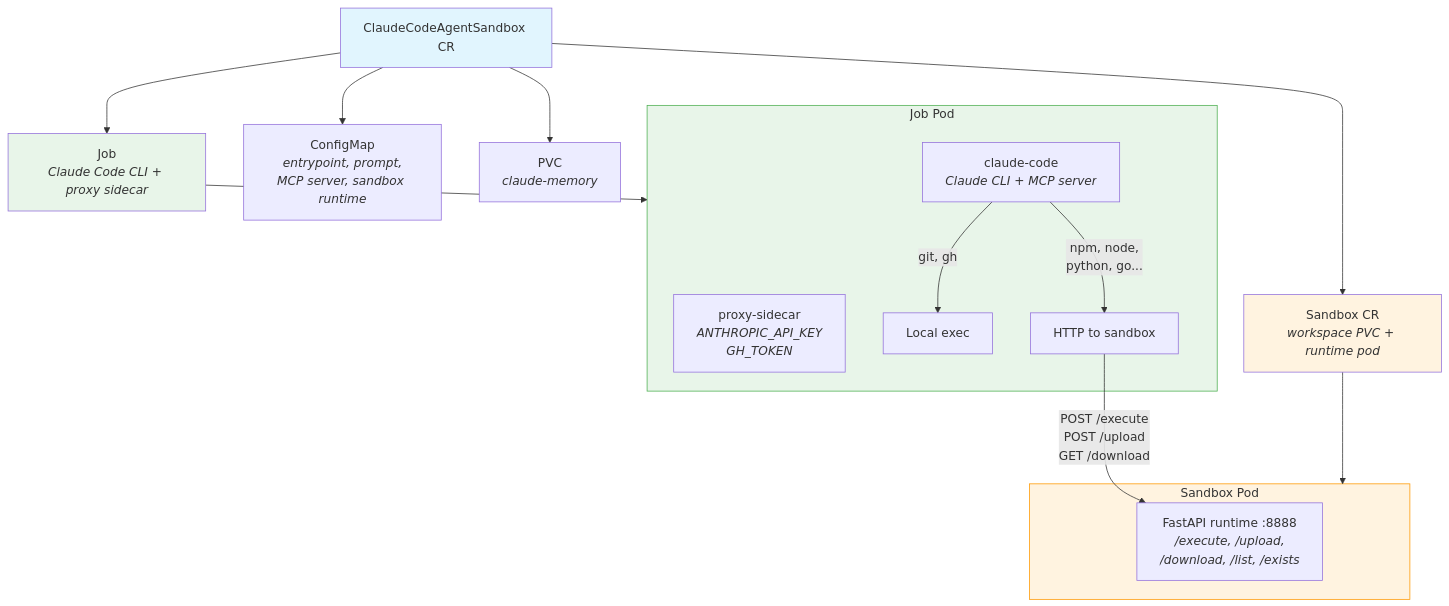
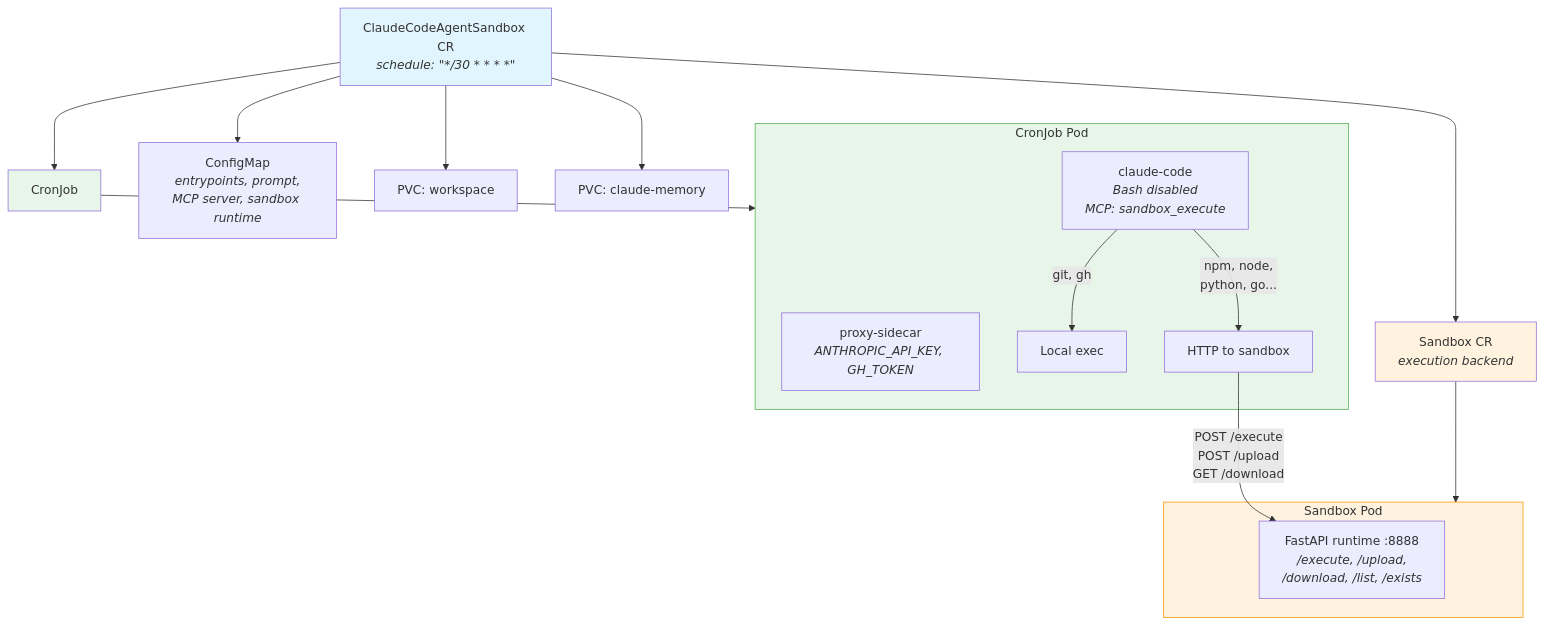
One commit to weldonfaizan/kcd-new-york-k8s-claude changed the second of 2 diagrams in 07-sandbox/agent-sandbox/README.md. Above: the diagram before and after it, drawn with Mermaid. The commit also changed other lines of this file and 8 other files, not shown here.

First line of the commit message:
feat(agent-sandbox): two-mode architecture with standalone and cronjob+sandbox

````diff
--- a/07-sandbox/agent-sandbox/README.md
+++ b/07-sandbox/agent-sandbox/README.md
@@ -16,30 +48,31 @@
 ```mermaid
 graph TB
-    CR["ClaudeCodeAgentSandbox CR"]
+    CR["ClaudeCodeAgentSandbox CR<br/><i>schedule: &quot;*/30 * * * *&quot;</i>"]
 
-    CR --> CM["ConfigMap<br/><i>entrypoint, prompt,<br/>MCP server, sandbox runtime</i>"]
-    CR --> PVC["PVC<br/><i>claude-memory</i>"]
-    CR --> SB["Sandbox CR<br/><i>workspace PVC + runtime pod</i>"]
-    CR --> JOB["Job<br/><i>Claude Code CLI + proxy sidecar</i>"]
+    CR --> CM["ConfigMap<br/><i>entrypoints, prompt,<br/>MCP server, sandbox runtime</i>"]
+    CR --> WPVC["PVC: workspace"]
+    CR --> MPVC["PVC: claude-memory"]
+    CR --> SB["Sandbox CR<br/><i>execution backend</i>"]
+    CR --> CRON["CronJob"]
 
-    subgraph job_pod ["Job Pod"]
-        PROXY["proxy-sidecar<br/><i>ANTHROPIC_API_KEY<br/>GH_TOKEN</i>"]
-        CLAUDE["claude-code<br/><i>Claude CLI + MCP server</i>"]
+    subgraph cronjob_pod ["CronJob Pod"]
+        PROXY["proxy-sidecar<br/><i>ANTHROPIC_API_KEY, GH_TOKEN</i>"]
+        CLAUDE["claude-code<br/><i>Bash disabled<br/>MCP: sandbox_execute</i>"]
         CLAUDE -->|"git, gh"| LOCAL["Local exec"]
         CLAUDE -->|"npm, node,<br/>python, go..."| HTTP["HTTP to sandbox"]
     end
 
     subgraph sandbox_pod ["Sandbox Pod"]
         RUNTIME["FastAPI runtime :8888<br/><i>/execute, /upload,<br/>/download, /list, /exists</i>"]
     end
 
-    JOB --> job_pod
+    CRON --> cronjob_pod
     SB --> sandbox_pod
     HTTP -->|"POST /execute<br/>POST /upload<br/>GET /download"| RUNTIME
 
     style CR fill:#e1f5fe
     style SB fill:#fff3e0
-    style JOB fill:#e8f5e9
-    style job_pod fill:#e8f5e9,stroke:#4caf50
+    style CRON fill:#e8f5e9
+    style cronjob_pod fill:#e8f5e9,stroke:#4caf50
     style sandbox_pod fill:#fff3e0,stroke:#ff9800
 ```
````
